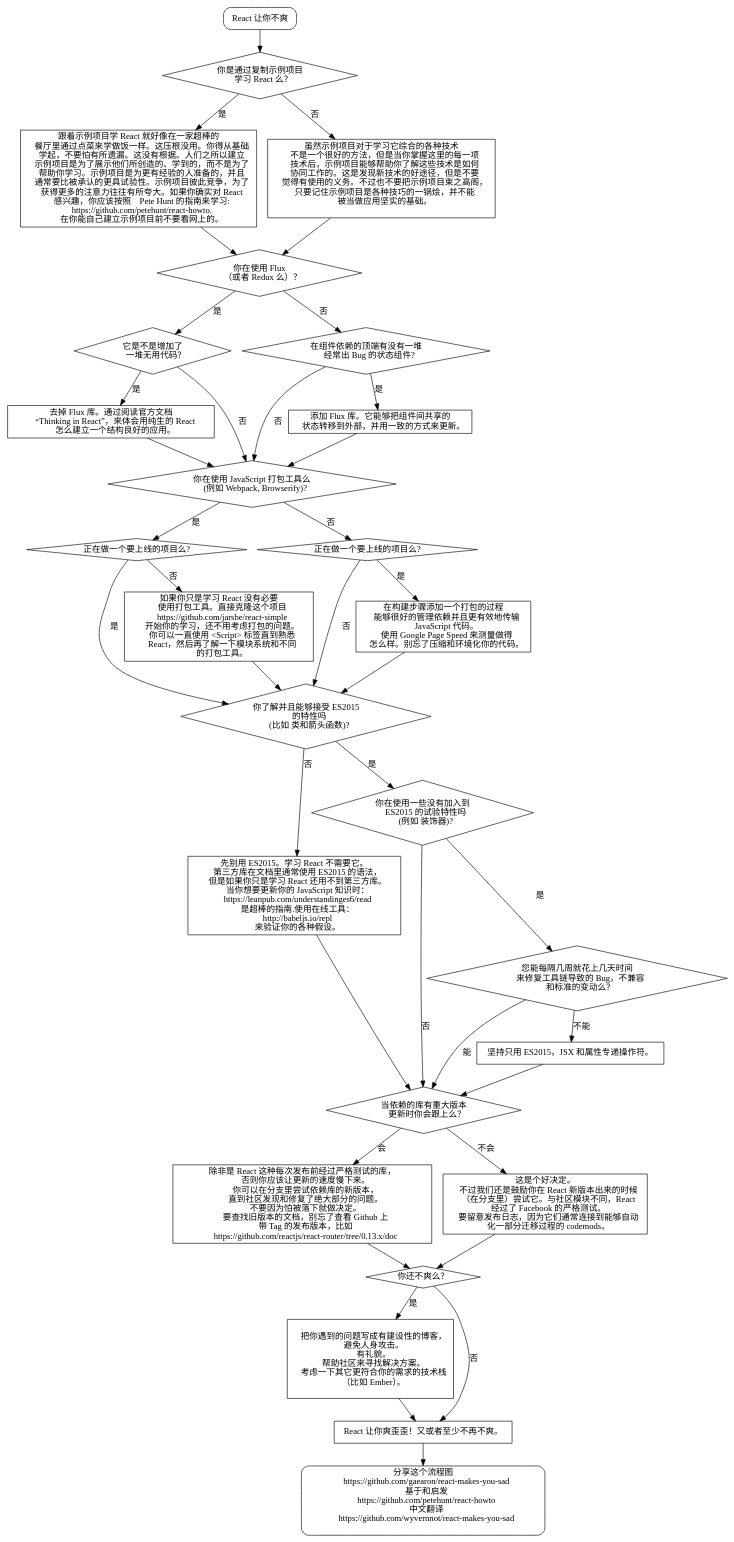
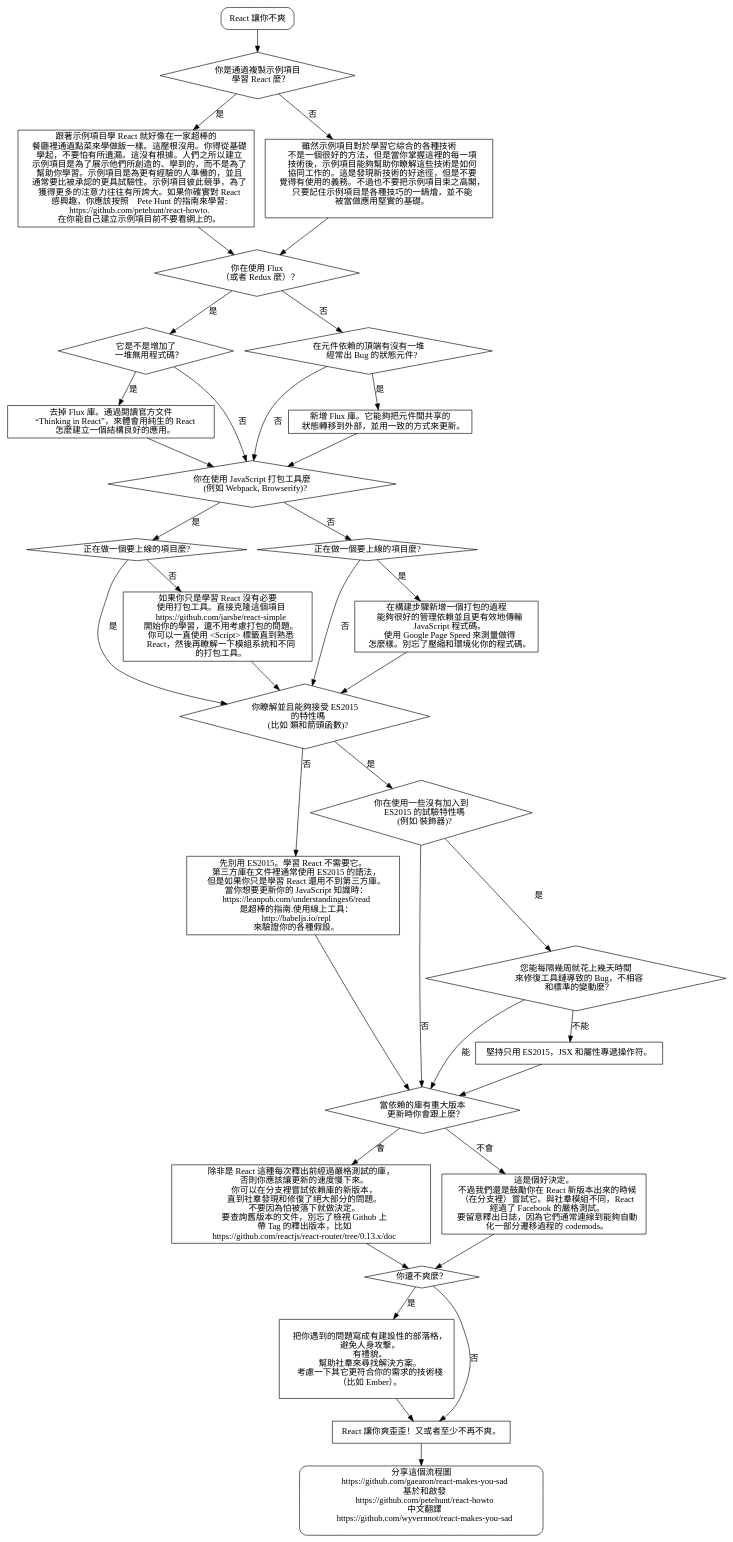
The diagram in fatigue.dot (leo424y/react-makes-you-sad), drawn with Graphviz before and after one commit.

```diff
--- a/fatigue.dot
+++ b/fatigue.dot
@@ -2,7 +2,7 @@
   unhappy[
     shape="box",
     style=rounded,
-    label="React 让你不爽"
+    label="React 讓你不爽"
   ]
   unhappy -> are_you_using_react_boilerplates;
 
@@ -10,36 +10,36 @@
 
   are_you_using_react_boilerplates[
     shape="diamond",
-    label="你是通过复制示例项目
-    学习 React 么？"
+    label="你是通過複製示例項目
+    學習 React 麼？"
   ]
   are_you_using_react_boilerplates -> boilerplates_dont_teach[label="是"]
   are_you_using_react_boilerplates -> steal_from_boilerplates[label="否"]
 
   boilerplates_dont_teach[
     shape="box",
-    label="跟着示例项目学 React 就好像在一家超棒的
-    餐厅里通过点菜来学做饭一样。这压根没用。你得从基础
-    学起，不要怕有所遗漏。这没有根据。人们之所以建立
-    示例项目是为了展示他们所创造的、学到的，而不是为了
-    帮助你学习。示例项目是为更有经验的人准备的，并且
-    通常要比被承认的更具试验性。示例项目彼此竞争，为了
-    获得更多的注意力往往有所夸大。如果你确实对 React
-    感兴趣，你应该按照　Pete Hunt 的指南来学习:
+    label="跟著示例項目學 React 就好像在一家超棒的
+    餐廳裡通過點菜來學做飯一樣。這壓根沒用。你得從基礎
+    學起，不要怕有所遺漏。這沒有根據。人們之所以建立
+    示例項目是為了展示他們所創造的、學到的，而不是為了
+    幫助你學習。示例項目是為更有經驗的人準備的，並且
+    通常要比被承認的更具試驗性。示例項目彼此競爭，為了
+    獲得更多的注意力往往有所誇大。如果你確實對 React
+    感興趣，你應該按照　Pete Hunt 的指南來學習:
     https://github.com/petehunt/react-howto.
-    在你能自己建立示例项目前不要看网上的。"
+    在你能自己建立示例項目前不要看網上的。"
   ]
   boilerplates_dont_teach -> are_you_using_flux
 
   steal_from_boilerplates[
     shape="box",
-    label="虽然示例项目对于学习它综合的各种技术
-    不是一个很好的方法，但是当你掌握这里的每一项
-    技术后，示例项目能够帮助你了解这些技术是如何
-    协同工作的。这是发现新技术的好途径，但是不要
-    觉得有使用的义务。不过也不要把示例项目束之高阁，
-    只要记住示例项目是各种技巧的一锅烩，并不能
-    被当做应用坚实的基础。
+    label="雖然示例項目對於學習它綜合的各種技術
+    不是一個很好的方法，但是當你掌握這裡的每一項
+    技術後，示例項目能夠幫助你瞭解這些技術是如何
+    協同工作的。這是發現新技術的好途徑，但是不要
+    覺得有使用的義務。不過也不要把示例項目束之高閣，
+    只要記住示例項目是各種技巧的一鍋燴，並不能
+    被當做應用堅實的基礎。
     "
   ]
   steal_from_boilerplates -> are_you_using_flux
@@ -49,7 +49,7 @@
   are_you_using_flux[
     shape="diamond",
     label="你在使用 Flux
-    （或者 Redux 么）？"
+    （或者 Redux 麼）？"
   ]
   are_you_using_flux -> is_too_much_flux[label="是"]
   are_you_using_flux -> is_not_enough_flux[label="否"]
@@ -57,31 +57,31 @@
   is_too_much_flux[
     shape="diamond",
     label="它是不是增加了
-    一堆无用代码？"
+    一堆無用程式碼？"
   ]
   is_too_much_flux -> remove_flux[label="是"]
   is_too_much_flux -> are_you_using_bundler[label="否"]
 
   is_not_enough_flux[
     shape="diamond",
-    label="在组件依赖的顶端有没有一堆
-    经常出 Bug 的状态组件?"
+    label="在元件依賴的頂端有沒有一堆
+    經常出 Bug 的狀態元件?"
   ]
   is_not_enough_flux -> add_flux[label="是"]
   is_not_enough_flux -> are_you_using_bundler[label="否"]
 
   add_flux[
     shape="box",
-    label="添加 Flux 库。它能够把组件间共享的
-    状态转移到外部，并用一致的方式来更新。"
+    label="新增 Flux 庫。它能夠把元件間共享的
+    狀態轉移到外部，並用一致的方式來更新。"
   ]
   add_flux -> are_you_using_bundler
 
   remove_flux[
     shape="box",
-    label="去掉 Flux 库。通过阅读官方文档
-     “Thinking in React”，来体会用纯生的 React
-     怎么建立一个结构良好的应用。"
+    label="去掉 Flux 庫。通過閱讀官方文件
+     “Thinking in React”，來體會用純生的 React
+     怎麼建立一個結構良好的應用。"
   ]
   remove_flux -> are_you_using_bundler
 
@@ -89,7 +89,7 @@
 
   are_you_using_bundler[
     shape="diamond",
-    label="你在使用 JavaScript 打包工具么
+    label="你在使用 JavaScript 打包工具麼
     (例如 Webpack, Browserify)?"
   ]
   are_you_using_bundler -> are_you_working_on_production_app_with_bundler[label="是"]
@@ -97,36 +97,36 @@
 
   are_you_working_on_production_app_with_bundler[
     shape="diamond",
-    label="正在做一个要上线的项目么?"
+    label="正在做一個要上線的項目麼?"
   ]
   are_you_working_on_production_app_with_bundler -> do_you_know_es2015[label="是"]
   are_you_working_on_production_app_with_bundler -> remove_bundler[label="否"]
 
   are_you_working_on_production_app_without_bundler[
     shape="diamond",
-    label="正在做一个要上线的项目么?"
+    label="正在做一個要上線的項目麼?"
   ]
   are_you_working_on_production_app_without_bundler -> add_bundler[label="是"]
   are_you_working_on_production_app_without_bundler -> do_you_know_es2015[label="否"]
 
   add_bundler[
     shape="box",
-    label="在构建步骤添加一个打包的过程
-    能够很好的管理依赖并且更有效地传输
-    JavaScript 代码。
-    使用 Google Page Speed 来测量做得
-    怎么样。别忘了压缩和环境化你的代码。"
+    label="在構建步驟新增一個打包的過程
+    能夠很好的管理依賴並且更有效地傳輸
+    JavaScript 程式碼。
+    使用 Google Page Speed 來測量做得
+    怎麼樣。別忘了壓縮和環境化你的程式碼。"
   ]
   add_bundler -> do_you_know_es2015
 
   remove_bundler[
     shape="box",
-    label="如果你只是学习 React 没有必要
-    使用打包工具。直接克隆这个项目
+    label="如果你只是學習 React 沒有必要
+    使用打包工具。直接克隆這個項目
     https://github.com/jarsbe/react-simple
-    开始你的学习，还不用考虑打包的问题。
-    你可以一直使用 <Script> 标签直到熟悉
-    React，然后再了解一下模块系统和不同
+    開始你的學習，還不用考慮打包的問題。
+    你可以一直使用 <Script> 標籤直到熟悉
+    React，然後再瞭解一下模組系統和不同
     的打包工具。"
   ]
   remove_bundler -> do_you_know_es2015
@@ -135,23 +135,23 @@
 
   do_you_know_es2015[
     shape="diamond",
-    label="你了解并且能够接受 ES2015
-    的特性吗
-    (比如 类和箭头函数)?"
+    label="你瞭解並且能夠接受 ES2015
+    的特性嗎
+    (比如 類和箭頭函數)?"
   ]
   do_you_know_es2015 -> use_es5[label="否"]
   do_you_know_es2015 -> are_you_using_dangerous_features[label="是"]
 
   use_es5[
     shape="box",
-    label="先别用 ES2015。学习 React 不需要它。
-    第三方库在文档里通常使用 ES2015 的语法，
-    但是如果你只是学习 React 还用不到第三方库。
-    当你想要更新你的 JavaScript 知识时：
+    label="先別用 ES2015。學習 React 不需要它。
+    第三方庫在文件裡通常使用 ES2015 的語法，
+    但是如果你只是學習 React 還用不到第三方庫。
+    當你想要更新你的 JavaScript 知識時：
     https://leanpub.com/understandinges6/read
-    是超棒的指南.使用在线工具：
+    是超棒的指南.使用線上工具：
     http://babeljs.io/repl
-    来验证你的各种假设。"
+    來驗證你的各種假設。"
   ]
   use_es5 -> do_you_update_packages_asap
 
@@ -159,25 +159,25 @@
 
   are_you_using_dangerous_features[
     shape="diamond",
-    label="你在使用一些没有加入到
-    ES2015 的试验特性吗
-    (例如 装饰器)?"
+    label="你在使用一些沒有加入到
+    ES2015 的試驗特性嗎
+    (例如 裝飾器)?"
   ]
   are_you_using_dangerous_features -> can_you_spend_days_on_your_tooling[label="是"]
   are_you_using_dangerous_features -> do_you_update_packages_asap[label="否"]
 
   can_you_spend_days_on_your_tooling[
     shape="diamond",
-    label="您能每隔几周就花上几天时间
-    来修复工具链导致的 Bug，不兼容
-    和标准的变动么？"
+    label="您能每隔幾周就花上幾天時間
+    來修復工具鏈導致的 Bug，不相容
+    和標準的變動麼？"
   ]
   can_you_spend_days_on_your_tooling -> do_you_update_packages_asap[label="能"]
   can_you_spend_days_on_your_tooling -> stick_to_es2015[label="不能"]
 
   stick_to_es2015[
     shape="box",
-    label="坚持只用 ES2015，JSX 和属性专递操作符。"
+    label="堅持只用 ES2015，JSX 和屬性專遞操作符。"
   ]
   stick_to_es2015 -> do_you_update_packages_asap
 
@@ -185,33 +185,33 @@
 
   do_you_update_packages_asap[
     shape="diamond",
-    label="当依赖的库有重大版本
-    更新时你会跟上么？"
+    label="當依賴的庫有重大版本
+    更新時你會跟上麼？"
   ]
-  do_you_update_packages_asap -> give_it_two_months[label="会"]
-  do_you_update_packages_asap -> consider_updating_react[label="不会"]
+  do_you_update_packages_asap -> give_it_two_months[label="會"]
+  do_you_update_packages_asap -> consider_updating_react[label="不會"]
 
   give_it_two_months[
     shape="box",
-    label="除非是 React 这种每次发布前经过严格测试的库，
-    否则你应该让更新的速度慢下来。
-    你可以在分支里尝试依赖库的新版本，
-    直到社区发现和修复了绝大部分的问题。
-    不要因为怕被落下就做决定。
-    要查找旧版本的文档，别忘了查看 Github 上
-    带 Tag 的发布版本，比如
+    label="除非是 React 這種每次釋出前經過嚴格測試的庫，
+    否則你應該讓更新的速度慢下來。
+    你可以在分支裡嘗試依賴庫的新版本，
+    直到社羣發現和修復了絕大部分的問題。
+    不要因為怕被落下就做決定。
+    要查詢舊版本的文件，別忘了檢視 Github 上
+    帶 Tag 的釋出版本，比如
     https://github.com/reactjs/react-router/tree/0.13.x/doc"
   ]
   give_it_two_months -> are_you_still_sad
 
   consider_updating_react[
     shape="box",
-    label="这是个好决定。
-    不过我们还是鼓励你在 React 新版本出来的时候
-    （在分支里）尝试它。与社区模块不同，React
-    经过了 Facebook 的严格测试。
-    要留意发布日志，因为它们通常连接到能够自动
-    化一部分迁移过程的 codemods。"
+    label="這是個好決定。
+    不過我們還是鼓勵你在 React 新版本出來的時候
+    （在分支裡）嘗試它。與社羣模組不同，React
+    經過了 Facebook 的嚴格測試。
+    要留意釋出日誌，因為它們通常連線到能夠自動
+    化一部分遷移過程的 codemods。"
   ]
   consider_updating_react -> are_you_still_sad
 
@@ -219,7 +219,7 @@
 
   are_you_still_sad[
     shape="diamond",
-    label="你还不爽么？"
+    label="你還不爽麼？"
   ]
   are_you_still_sad -> rant[label="是"];
   are_you_still_sad -> happy[label="否"];
@@ -227,11 +227,11 @@
   rant[
     shape="box",
     label="
-    把你遇到的问题写成有建设性的博客，
-    避免人身攻击。
-    有礼貌。
-    帮助社区来寻找解决方案。
-    考虑一下其它更符合你的需求的技术栈
+    把你遇到的問題寫成有建設性的部落格，
+    避免人身攻擊。
+    有禮貌。
+    幫助社羣來尋找解決方案。
+    考慮一下其它更符合你的需求的技術棧
     （比如 Ember）。
     "
   ]
@@ -239,18 +239,18 @@
 
   happy[
     shape="box",
-    label="React 让你爽歪歪！又或者至少不再不爽。"
+    label="React 讓你爽歪歪！又或者至少不再不爽。"
   ]
   happy -> share
 
   share [
     shape="box",
     style=rounded,
-    label="分享这个流程图
+    label="分享這個流程圖
     https://github.com/gaearon/react-makes-you-sad
-    基于和启发
+    基於和啟發
     https://github.com/petehunt/react-howto
-    中文翻译
+    中文翻譯
     https://github.com/wyvernnot/react-makes-you-sad
     "
   ]
```
